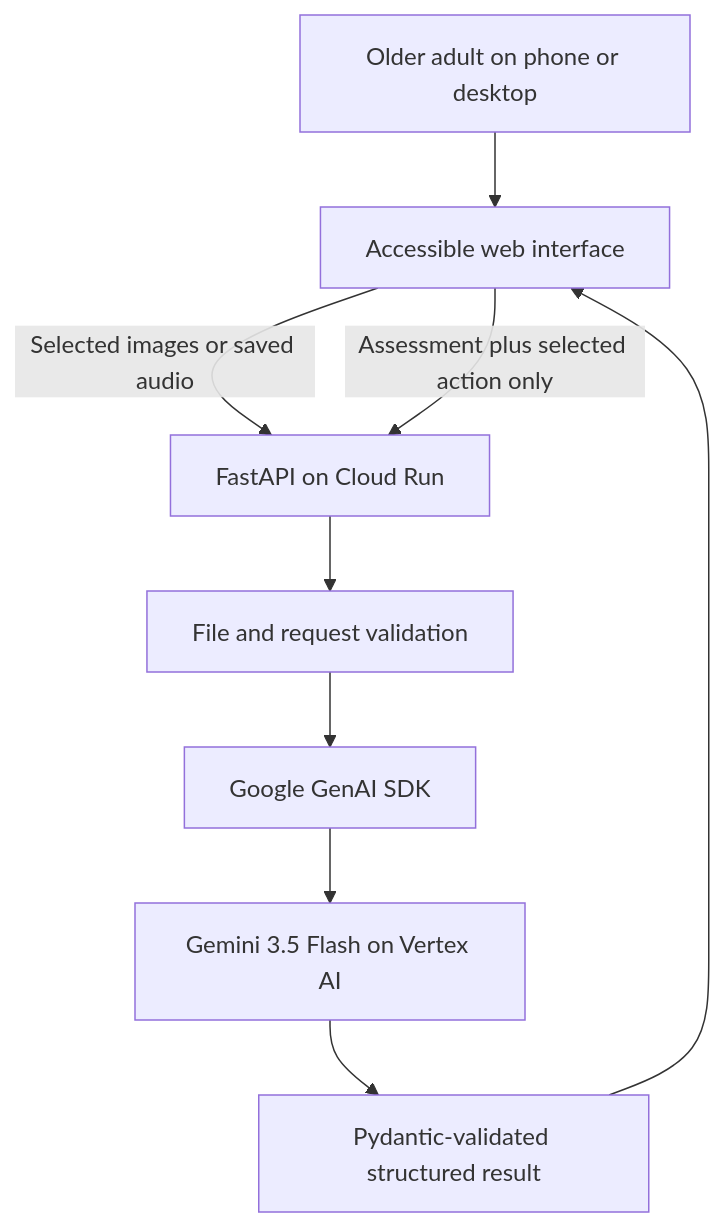
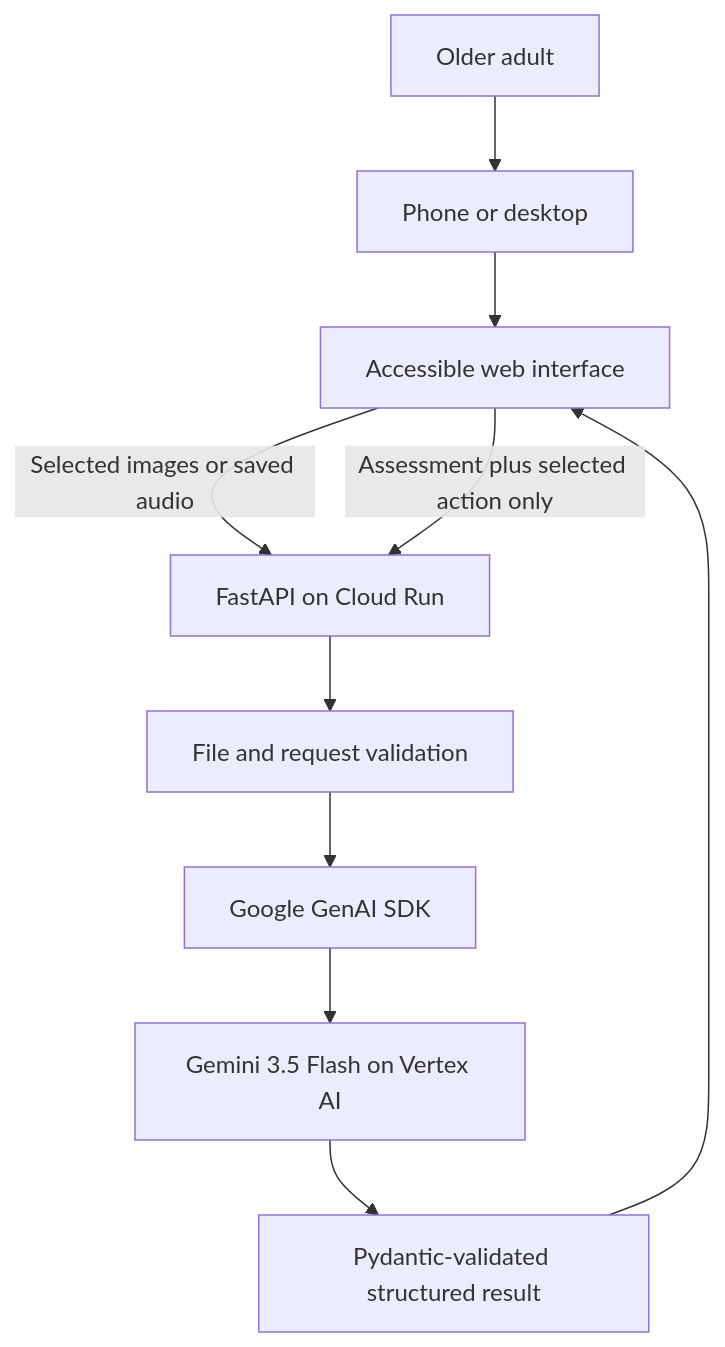
The diagram in docs/ARCHITECTURE.md (calebily/before-you-tap), drawn with Mermaid before and after one commit. The commit also changed other lines of this file and 22 other files, not shown here.

````diff
--- a/docs/ARCHITECTURE.md
+++ b/docs/ARCHITECTURE.md
@@ -7,11 +7,12 @@
 ```mermaid
 flowchart TD
-    U["Older adult on phone or desktop"] --> F["Accessible web interface"]
+    U["Older adult"] --> D["Phone or desktop"]
+    D --> F["Accessible web interface"]
     F -->|"Selected images or saved audio"| C["FastAPI on Cloud Run"]
     C --> V["File and request validation"]
     V --> G["Google GenAI SDK"]
     G --> X["Gemini 3.5 Flash on Vertex AI"]
     X --> S["Pydantic-validated structured result"]
     S --> F
     F -->|"Assessment plus selected action only"| C
 ```
````
